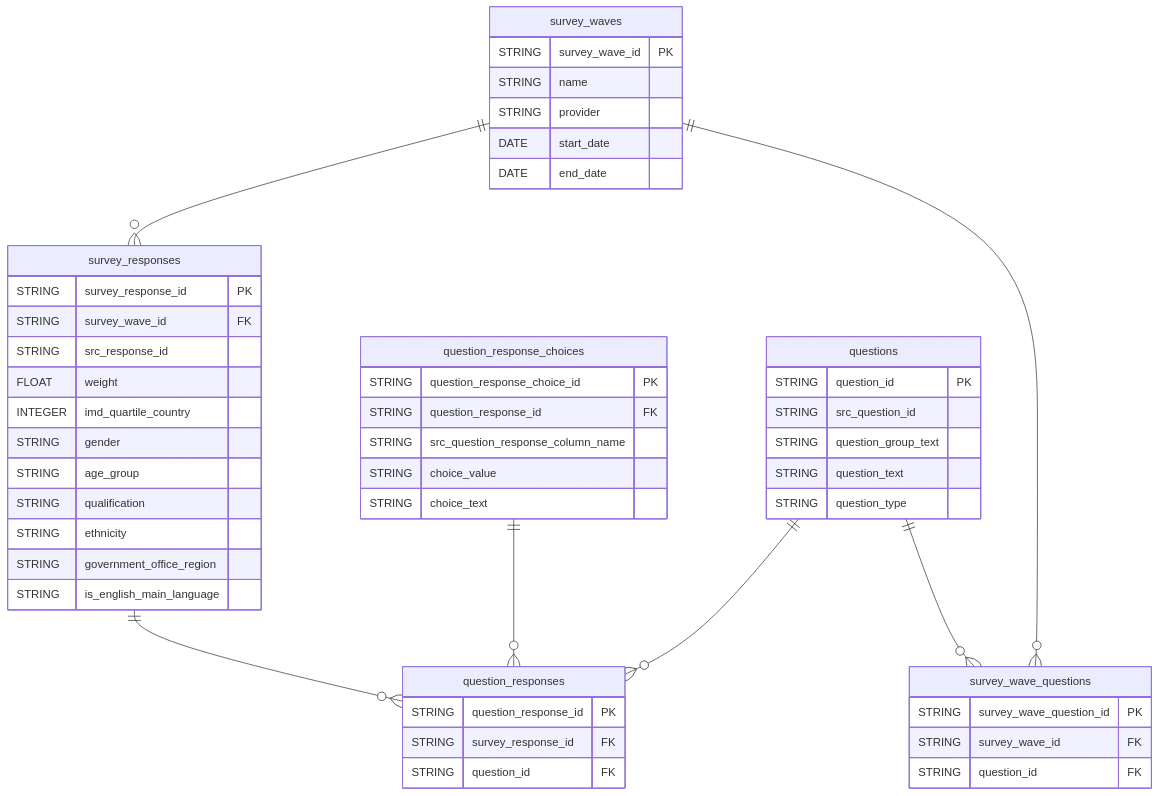
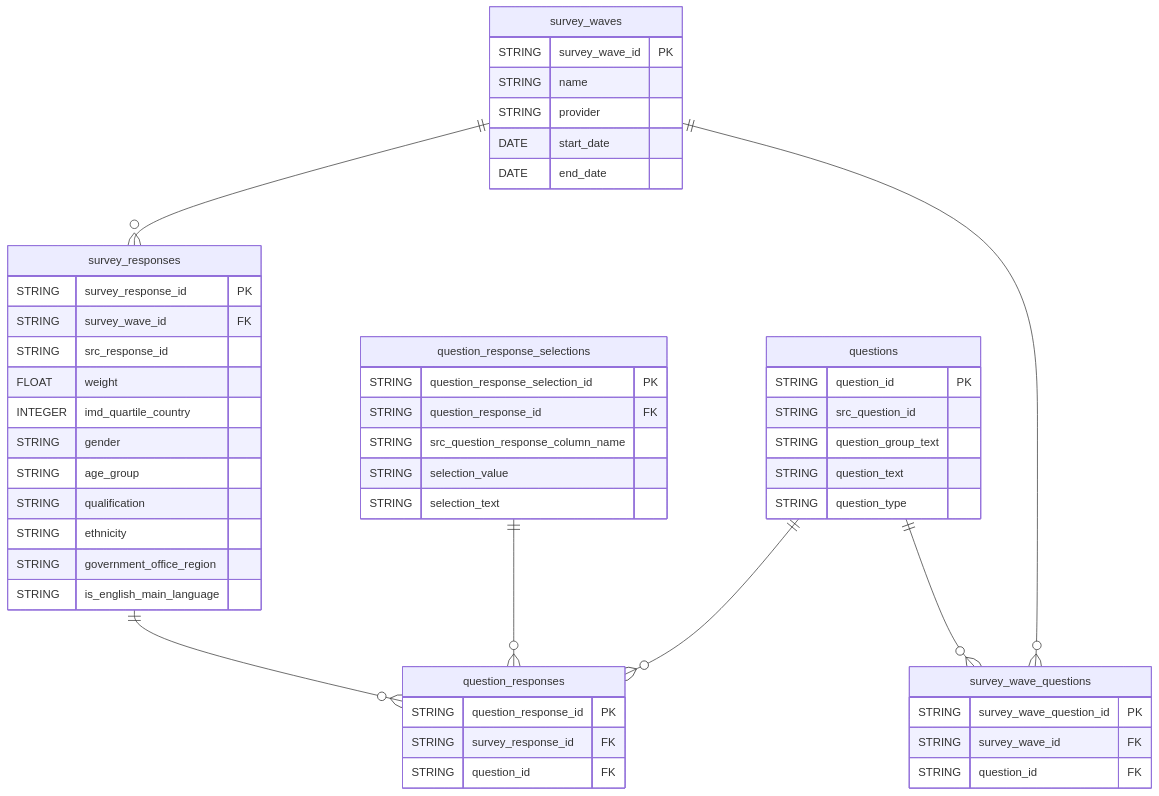
The diagram in README.md (alphagov/govuk-polling-dataform), drawn with Mermaid before and after one commit. The commit also changed 4 other files, not shown here.

Commit message:
rename question_response_choices to question_response_selections

````diff
--- a/README.md
+++ b/README.md
@@ -13,59 +13,59 @@
 ```mermaid
 erDiagram
     survey_waves {
         STRING survey_wave_id PK
         STRING name
         STRING provider
         DATE start_date
         DATE end_date
     }
 
     survey_responses {
         STRING survey_response_id PK
         STRING survey_wave_id FK
         STRING src_response_id
         FLOAT weight
         INTEGER imd_quartile_country
         STRING gender
         STRING age_group
         STRING qualification
         STRING ethnicity
         STRING government_office_region
         STRING is_english_main_language
     }
 
     question_responses {
         STRING question_response_id PK
         STRING survey_response_id FK
         STRING question_id FK
     }
 
     questions {
         STRING question_id PK
         STRING src_question_id
         STRING question_group_text
         STRING question_text
         STRING question_type
     }
 
-    question_response_choices {
-        STRING question_response_choice_id PK
+    question_response_selections {
+        STRING question_response_selection_id PK
         STRING question_response_id FK
         STRING src_question_response_column_name
-        STRING choice_value
-        STRING choice_text
+        STRING selection_value
+        STRING selection_text
     }
 
     survey_wave_questions {
         STRING survey_wave_question_id PK
         STRING survey_wave_id FK
         STRING question_id FK
     }
 
     survey_waves ||--o{ survey_responses : ""
     survey_responses ||--o{ question_responses : ""
-    question_response_choices ||--o{ question_responses : ""
+    question_response_selections ||--o{ question_responses : ""
     questions ||--o{ question_responses : ""
     questions ||--o{ survey_wave_questions : ""
     survey_waves ||--o{ survey_wave_questions : ""
 ```
````
